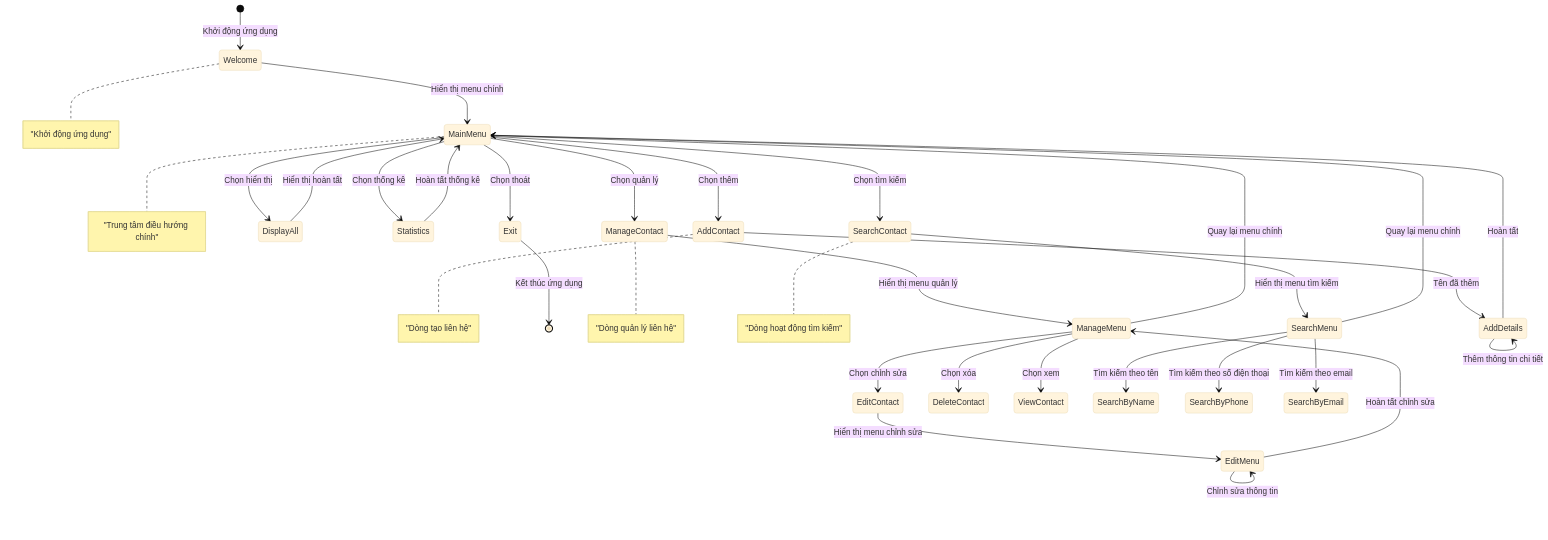
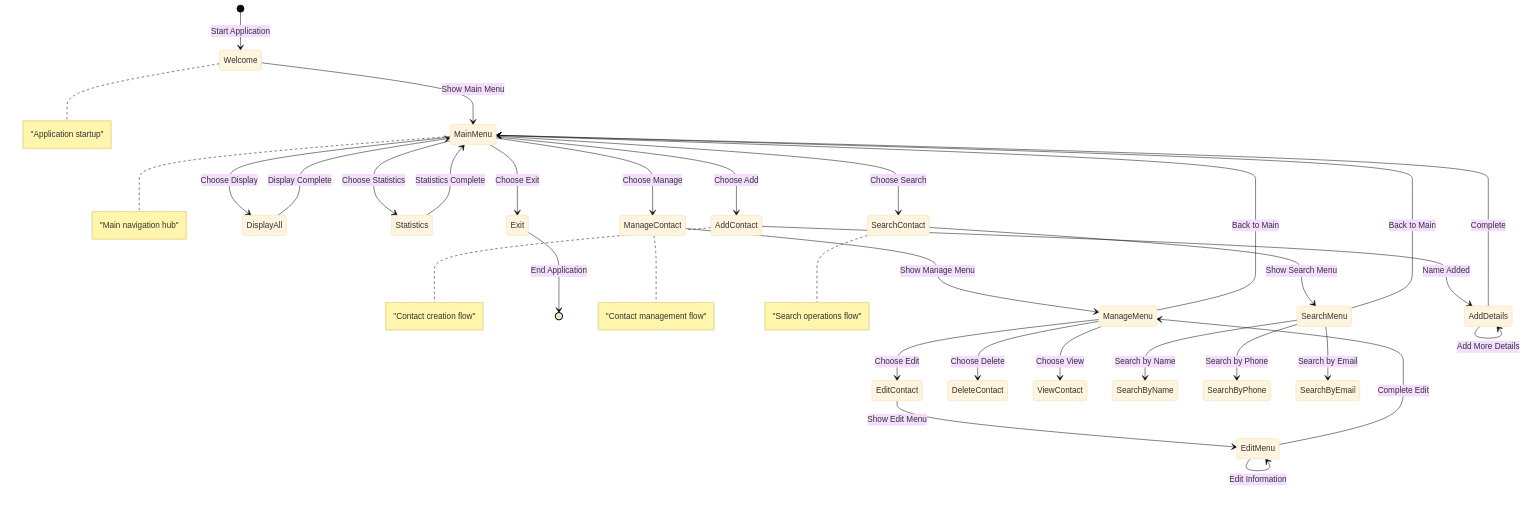
Diagram 14 of 15 in docs/UML_Documentation_Improved.md (TaiLoiZzzz/DSA_PROJECT), drawn with Mermaid (base theme) before and after one commit. The commit also changed other lines of this file, not shown here.

````diff
--- a/docs/UML_Documentation_Improved.md
+++ b/docs/UML_Documentation_Improved.md
@@ -696,42 +697,42 @@
 ```mermaid
 stateDiagram-v2
-    [*] --> Welcome: Khởi động ứng dụng
-    Welcome --> MainMenu: Hiển thị menu chính
-    MainMenu --> AddContact: Chọn thêm
-    MainMenu --> ManageContact: Chọn quản lý
-    MainMenu --> SearchContact: Chọn tìm kiếm
-    MainMenu --> DisplayAll: Chọn hiển thị
-    MainMenu --> Statistics: Chọn thống kê
-    MainMenu --> Exit: Chọn thoát
+    [*] --> Welcome: Start Application
+    Welcome --> MainMenu: Show Main Menu
+    MainMenu --> AddContact: Choose Add
+    MainMenu --> ManageContact: Choose Manage
+    MainMenu --> SearchContact: Choose Search
+    MainMenu --> DisplayAll: Choose Display
+    MainMenu --> Statistics: Choose Statistics
+    MainMenu --> Exit: Choose Exit
     
-    AddContact --> AddDetails: Tên đã thêm
-    AddDetails --> AddDetails: Thêm thông tin chi tiết
-    AddDetails --> MainMenu: Hoàn tất
+    AddContact --> AddDetails: Name Added
+    AddDetails --> AddDetails: Add More Details
+    AddDetails --> MainMenu: Complete
     
-    ManageContact --> ManageMenu: Hiển thị menu quản lý
-    ManageMenu --> EditContact: Chọn chỉnh sửa
-    ManageMenu --> DeleteContact: Chọn xóa
-    ManageMenu --> ViewContact: Chọn xem
-    ManageMenu --> MainMenu: Quay lại menu chính
+    ManageContact --> ManageMenu: Show Manage Menu
+    ManageMenu --> EditContact: Choose Edit
+    ManageMenu --> DeleteContact: Choose Delete
+    ManageMenu --> ViewContact: Choose View
+    ManageMenu --> MainMenu: Back to Main
     
-    EditContact --> EditMenu: Hiển thị menu chỉnh sửa
-    EditMenu --> EditMenu: Chỉnh sửa thông tin
-    EditMenu --> ManageMenu: Hoàn tất chỉnh sửa
+    EditContact --> EditMenu: Show Edit Menu
+    EditMenu --> EditMenu: Edit Information
+    EditMenu --> ManageMenu: Complete Edit
     
-    SearchContact --> SearchMenu: Hiển thị menu tìm kiếm
-    SearchMenu --> SearchByName: Tìm kiếm theo tên
-    SearchMenu --> SearchByPhone: Tìm kiếm theo số điện thoại
-    SearchMenu --> SearchByEmail: Tìm kiếm theo email
-    SearchMenu --> MainMenu: Quay lại menu chính
+    SearchContact --> SearchMenu: Show Search Menu
+    SearchMenu --> SearchByName: Search by Name
+    SearchMenu --> SearchByPhone: Search by Phone
+    SearchMenu --> SearchByEmail: Search by Email
+    SearchMenu --> MainMenu: Back to Main
     
-    DisplayAll --> MainMenu: Hiển thị hoàn tất
-    Statistics --> MainMenu: Hoàn tất thống kê
+    DisplayAll --> MainMenu: Display Complete
+    Statistics --> MainMenu: Statistics Complete
     
-    Exit --> [*]: Kết thúc ứng dụng
+    Exit --> [*]: End Application
     
-    note right of Welcome : "Khởi động ứng dụng"
-    note right of MainMenu : "Trung tâm điều hướng chính"
-    note right of AddContact : "Dòng tạo liên hệ"
-    note right of ManageContact : "Dòng quản lý liên hệ"
-    note right of SearchContact : "Dòng hoạt động tìm kiếm"
+    note right of Welcome : "Application startup"
+    note right of MainMenu : "Main navigation hub"
+    note right of AddContact : "Contact creation flow"
+    note right of ManageContact : "Contact management flow"
+    note right of SearchContact : "Search operations flow"
 ```
````
